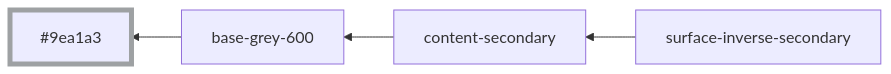
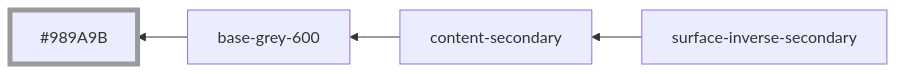
One commit to oxidecomputer/console changed diagram 22 of 30 in libs/ui/styles/themes/main.md. Above: the diagram before and after it, drawn with Mermaid. The commit also changed other lines of this file and 2 other files, not shown here.

````diff
--- a/libs/ui/styles/themes/main.md
+++ b/libs/ui/styles/themes/main.md
@@ -285,8 +285,8 @@
 ```mermaid
 graph RL
-  base-grey-600 --> #9ea1a3:::base-grey-600
+  base-grey-600 --> #989A9B:::base-grey-600
   surface-inverse-secondary --> content-secondary
   content-secondary --> base-grey-600
 
-  classDef base-grey-600 stroke-width:5,stroke:#9ea1a3
+  classDef base-grey-600 stroke-width:5,stroke:#989A9B
 ```
````
